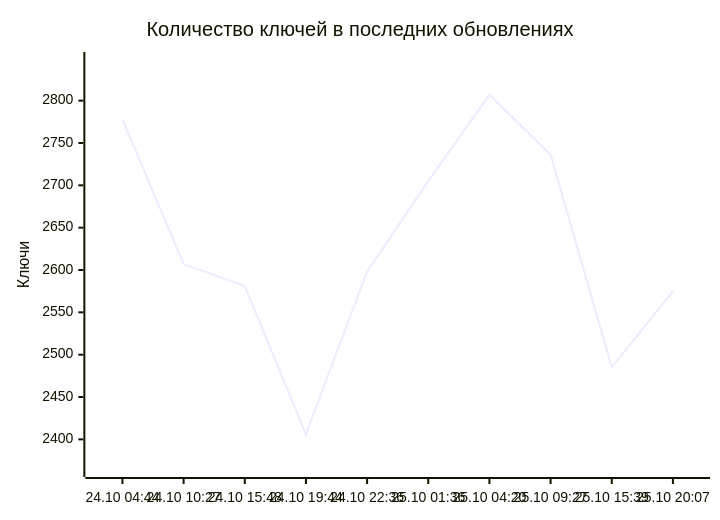
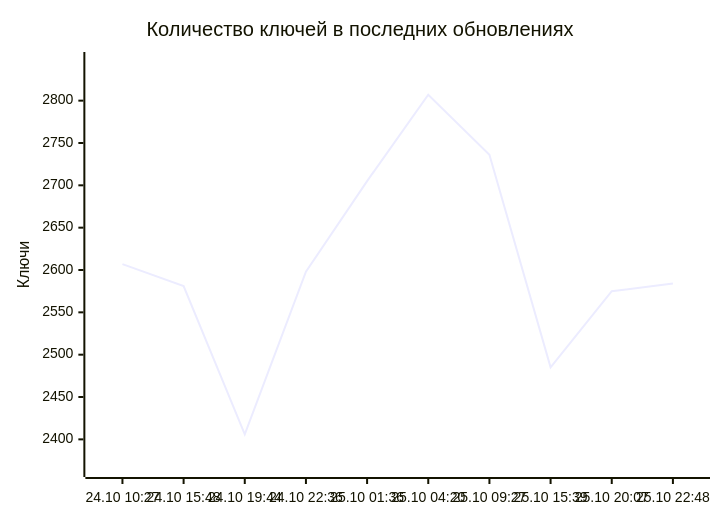
Before and after one commit to markKikhtenko/WireVeil: the diagram in README.md, drawn with Mermaid. The commit also changed other lines of this file and 13 other files, not shown here.

````diff
--- a/README.md
+++ b/README.md
@@ -55,7 +55,7 @@
 ```mermaid
 xychart-beta
     title "Количество ключей в последних обновлениях"
-    x-axis ["24.10 04:44", "24.10 10:27", "24.10 15:48", "24.10 19:44", "24.10 22:36", "25.10 01:36", "25.10 04:20", "25.10 09:27", "25.10 15:39", "25.10 20:07"]
+    x-axis ["24.10 10:27", "24.10 15:48", "24.10 19:44", "24.10 22:36", "25.10 01:36", "25.10 04:20", "25.10 09:27", "25.10 15:39", "25.10 20:07", "25.10 22:48"]
     y-axis "Ключи" 2365 --> 2848
-    line [2778, 2607, 2581, 2406, 2598, 2705, 2807, 2736, 2485, 2575]
+    line [2607, 2581, 2406, 2598, 2705, 2807, 2736, 2485, 2575, 2584]
 ```
````
